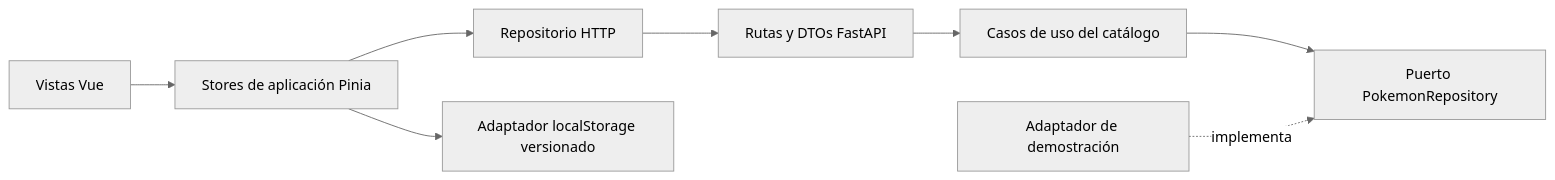
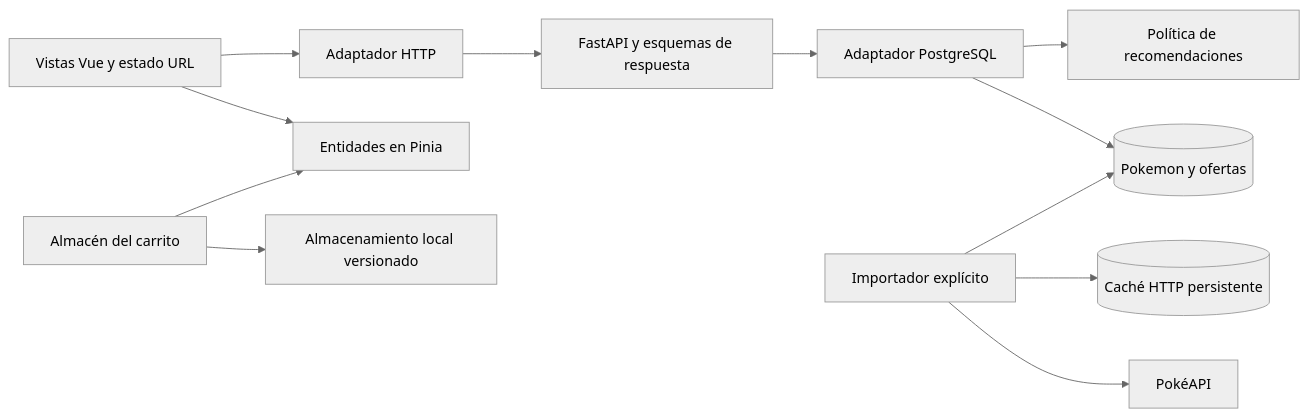
One commit to kevin0018/PokeShop changed the diagram in README.es.md. Above: the diagram before and after it, drawn with Mermaid (neutral theme). The commit also changed other lines of this file and 4 other files, not shown here.

````diff
--- a/README.es.md
+++ b/README.es.md
@@ -48,10 +71,14 @@
 ```mermaid
 flowchart LR
-  UI[Vistas Vue] --> Stores[Stores de aplicación Pinia]
-  Stores --> HTTP[Repositorio HTTP]
-  HTTP --> API[Rutas y DTOs FastAPI]
-  API --> Catalog[Casos de uso del catálogo]
-  Catalog --> Port[Puerto PokemonRepository]
-  Demo[Adaptador de demostración] -. implementa .-> Port
-  Stores --> Storage[Adaptador localStorage versionado]
+  Views[Vistas Vue y estado URL] --> HTTP[Adaptador HTTP]
+  Views --> Entities[Entidades en Pinia]
+  Cart[Almacén del carrito] --> Entities
+  Cart --> Storage[Almacenamiento local versionado]
+  HTTP --> API[FastAPI y esquemas de respuesta]
+  API --> PG[Adaptador PostgreSQL]
+  PG --> Policy[Política de recomendaciones]
+  PG --> DB[(Pokemon y ofertas)]
+  Sync[Importador explícito] --> Cache[(Caché HTTP persistente)]
+  Sync --> PokeAPI[PokéAPI]
+  Sync --> DB
 ```
````
